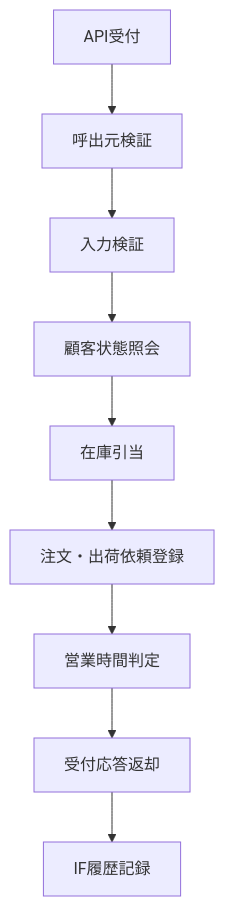
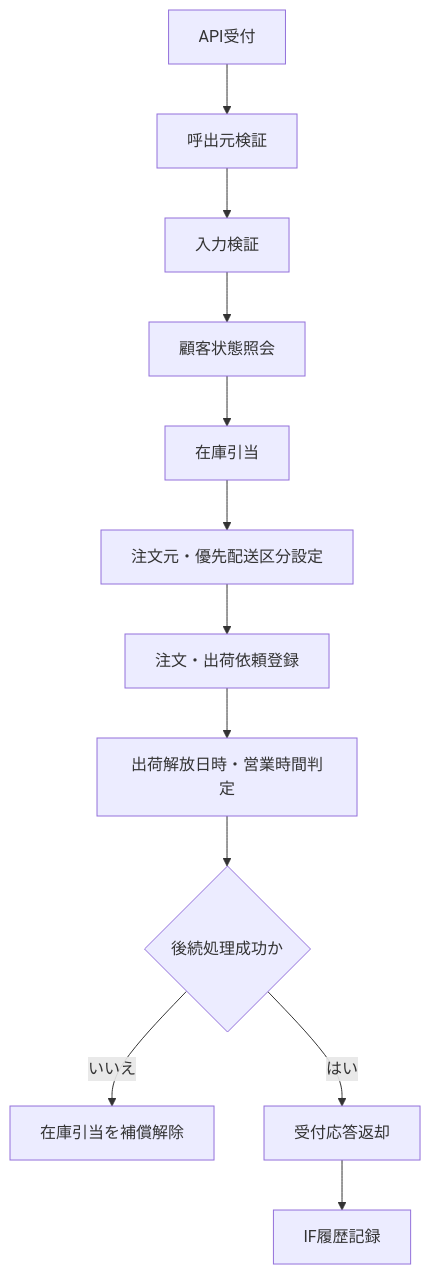
The diagram in docs/自社内部設計/業務設計/メソッド設計書/MTD-004_Hoge直受注登録メソッド設計書.md (CalorieMateEater/training-project-logistics-company), drawn with Mermaid before and after one commit. The commit also changed other lines of this file and 66 other files, not shown here.

````diff
--- a/docs/自社内部設計/業務設計/メソッド設計書/MTD-004_Hoge直受注登録メソッド設計書.md
+++ b/docs/自社内部設計/業務設計/メソッド設計書/MTD-004_Hoge直受注登録メソッド設計書.md
@@ -36,11 +38,14 @@
 ```mermaid
 flowchart TD
     A[API受付] --> B[呼出元検証]
     B --> C[入力検証]
     C --> D[顧客状態照会]
     D --> E[在庫引当]
-    E --> F[注文・出荷依頼登録]
-    F --> G[営業時間判定]
-    G --> H[受付応答返却]
-    H --> I[IF履歴記録]
+    E --> F[注文元・優先配送区分設定]
+    F --> G[注文・出荷依頼登録]
+    G --> H[出荷解放日時・営業時間判定]
+    H --> I{後続処理成功か}
+    I -- いいえ --> J[在庫引当を補償解除]
+    I -- はい --> K[受付応答返却]
+    K --> L[IF履歴記録]
 ```
````
